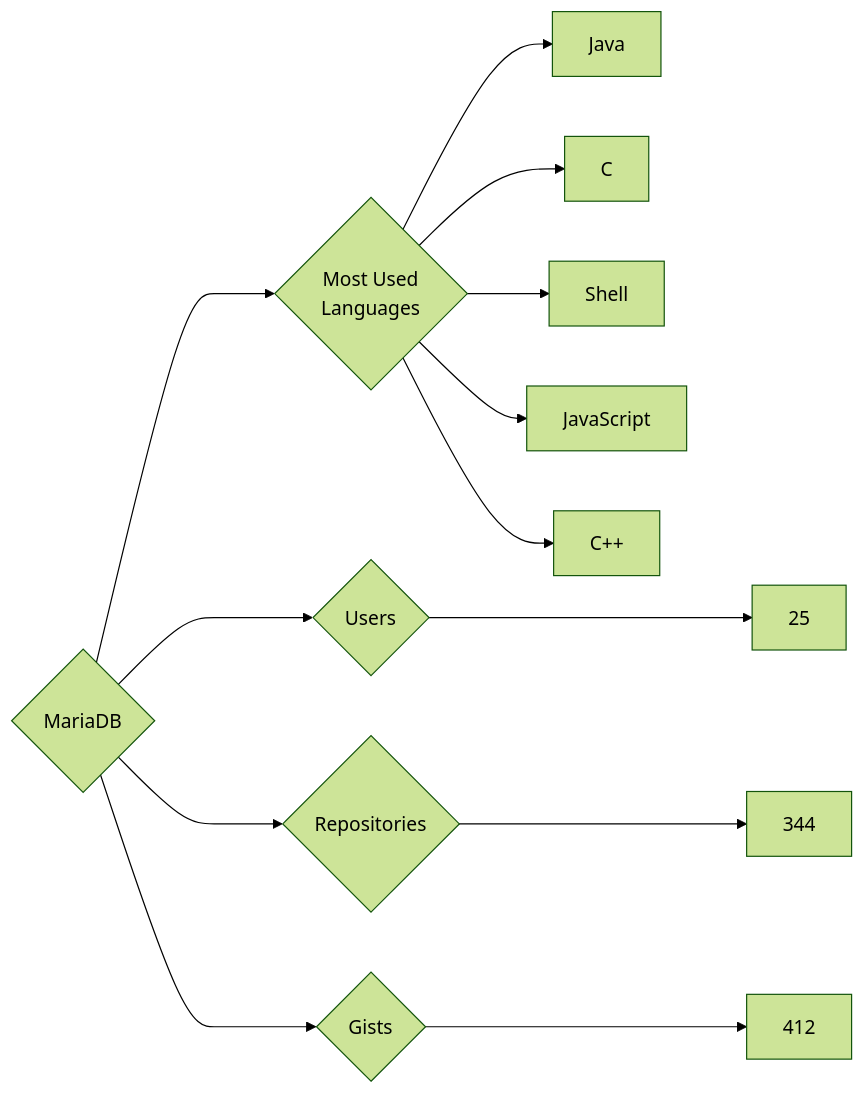
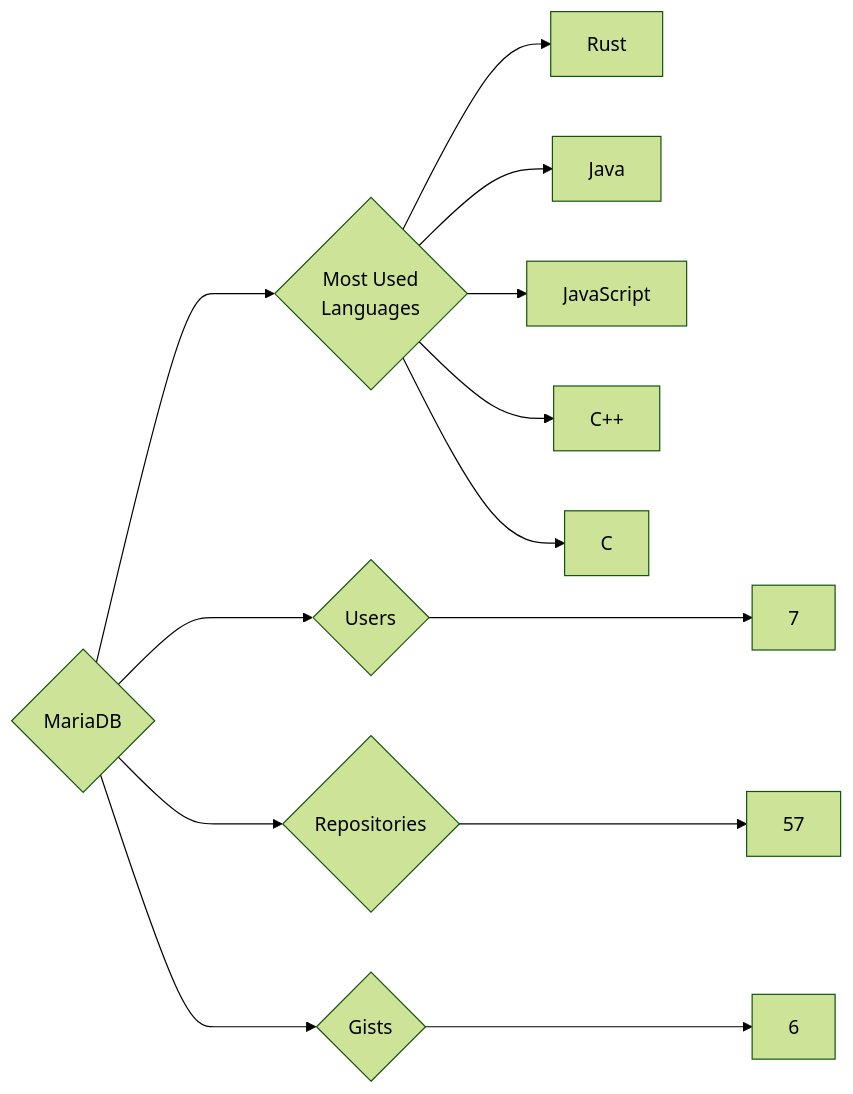
One commit to trickest/insiders changed the diagram in targets/MariaDB/README.md. Above: the diagram before and after it, drawn with Mermaid (forest theme). The commit also changed 1496 other files, not shown here.

````diff
--- a/targets/MariaDB/README.md
+++ b/targets/MariaDB/README.md
@@ -3,13 +3,13 @@
 ```mermaid
 graph LR
 COMPANY_NAME{MariaDB}
-COMPANY_NAME ---> U{Users} ---> UN[25]
-COMPANY_NAME ---> R{Repositories} ---> RN[344]
-COMPANY_NAME ---> G{Gists} ---> GN[412]
+COMPANY_NAME ---> U{Users} ---> UN[7]
+COMPANY_NAME ---> R{Repositories} ---> RN[57]
+COMPANY_NAME ---> G{Gists} ---> GN[6]
 COMPANY_NAME ---> ML{Most Used<br>Languages}
+ML --> Rust[Rust]
 ML --> Java[Java]
-ML --> C[C]
-ML --> Shell[Shell]
 ML --> JavaScript[JavaScript]
 ML --> C++[C++]
+ML --> C[C]
 ```
````
